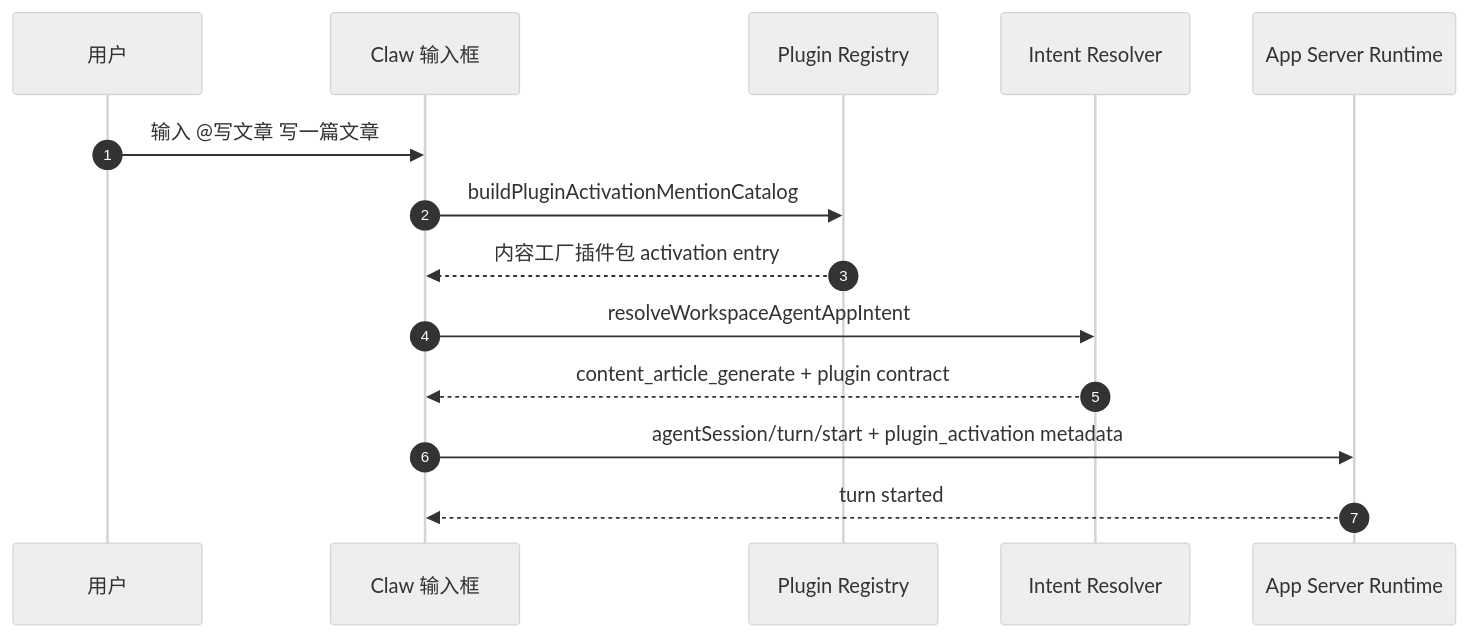
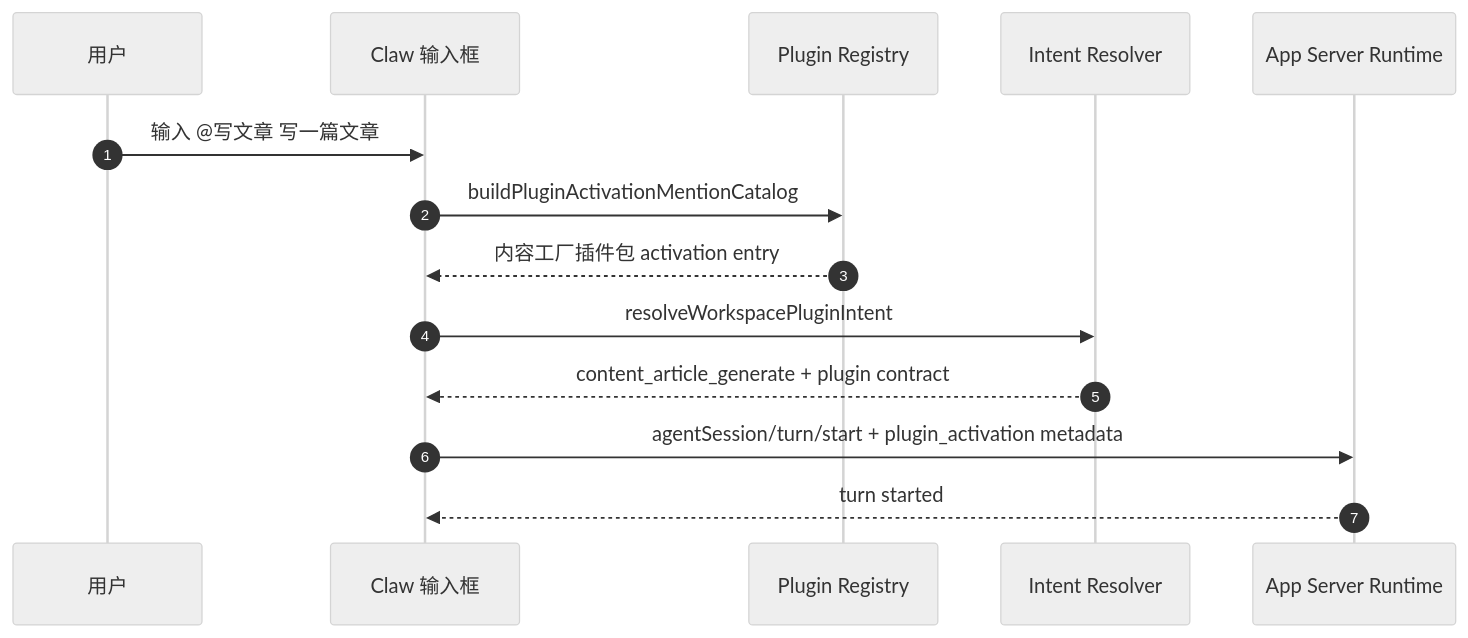
Before and after one commit to jiujuan/lime: the second of 6 diagrams in internal/roadmap/Writing/sequence-diagrams.md, drawn with Mermaid (neutral theme). The commit also changed 527 other files, not shown here.

````diff
--- a/internal/roadmap/Writing/sequence-diagrams.md
+++ b/internal/roadmap/Writing/sequence-diagrams.md
@@ -29,17 +29,17 @@
 ```mermaid
 sequenceDiagram
   autonumber
   participant User as 用户
   participant Composer as Claw 输入框
   participant Registry as Plugin Registry
   participant Intent as Intent Resolver
   participant Runtime as App Server Runtime
 
   User->>Composer: 输入 @写文章 写一篇文章
   Composer->>Registry: buildPluginActivationMentionCatalog
   Registry-->>Composer: 内容工厂插件包 activation entry
-  Composer->>Intent: resolveWorkspaceAgentAppIntent
+  Composer->>Intent: resolveWorkspacePluginIntent
   Intent-->>Composer: content_article_generate + plugin contract
   Composer->>Runtime: agentSession/turn/start + plugin_activation metadata
   Runtime-->>Composer: turn started
 ```
````
